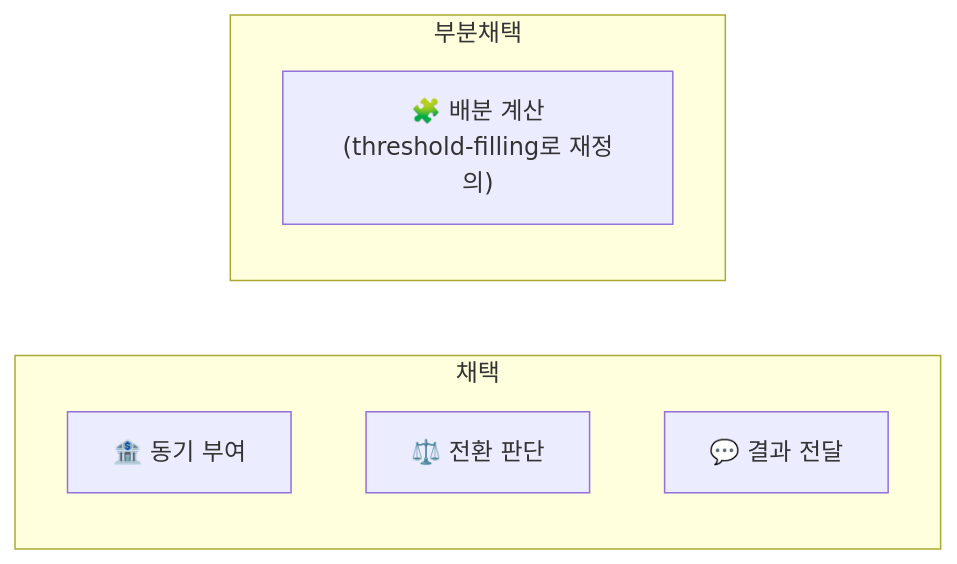
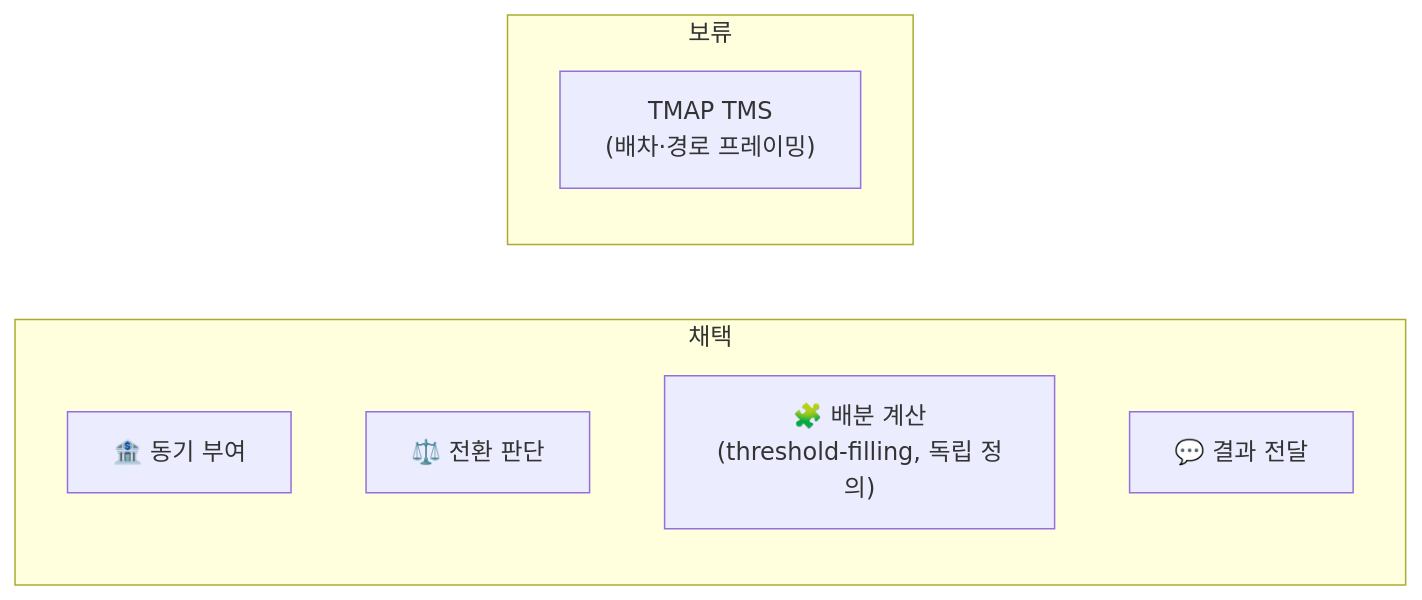
The third of 3 diagrams in 윤정/0819_메커니즘_전이_분석표.md (jennie-brain/team-project_2nd), drawn with Mermaid before and after one commit. The commit also changed other lines of this file and 1 other file, not shown here.

First line of the commit message:
Decouple TMAP TMS (on hold) from threshold-filling (independently adopted)

````diff
--- a/윤정/0819_메커니즘_전이_분석표.md
+++ b/윤정/0819_메커니즘_전이_분석표.md
@@ -227,13 +222,14 @@
 ```mermaid
 flowchart LR
     subgraph 채택
         direction TB
         L1["🏦 동기 부여"]
         L2["⚖️ 전환 판단"]
+        L3["🧩 배분 계산<br/>(threshold-filling, 독립 정의)"]
         L4["💬 결과 전달"]
     end
-    subgraph 부분채택
+    subgraph 보류
         direction TB
-        L3["🧩 배분 계산<br/>(threshold-filling로 재정의)"]
+        X1["TMAP TMS<br/>(배차·경로 프레이밍)"]
     end
 ```
````
